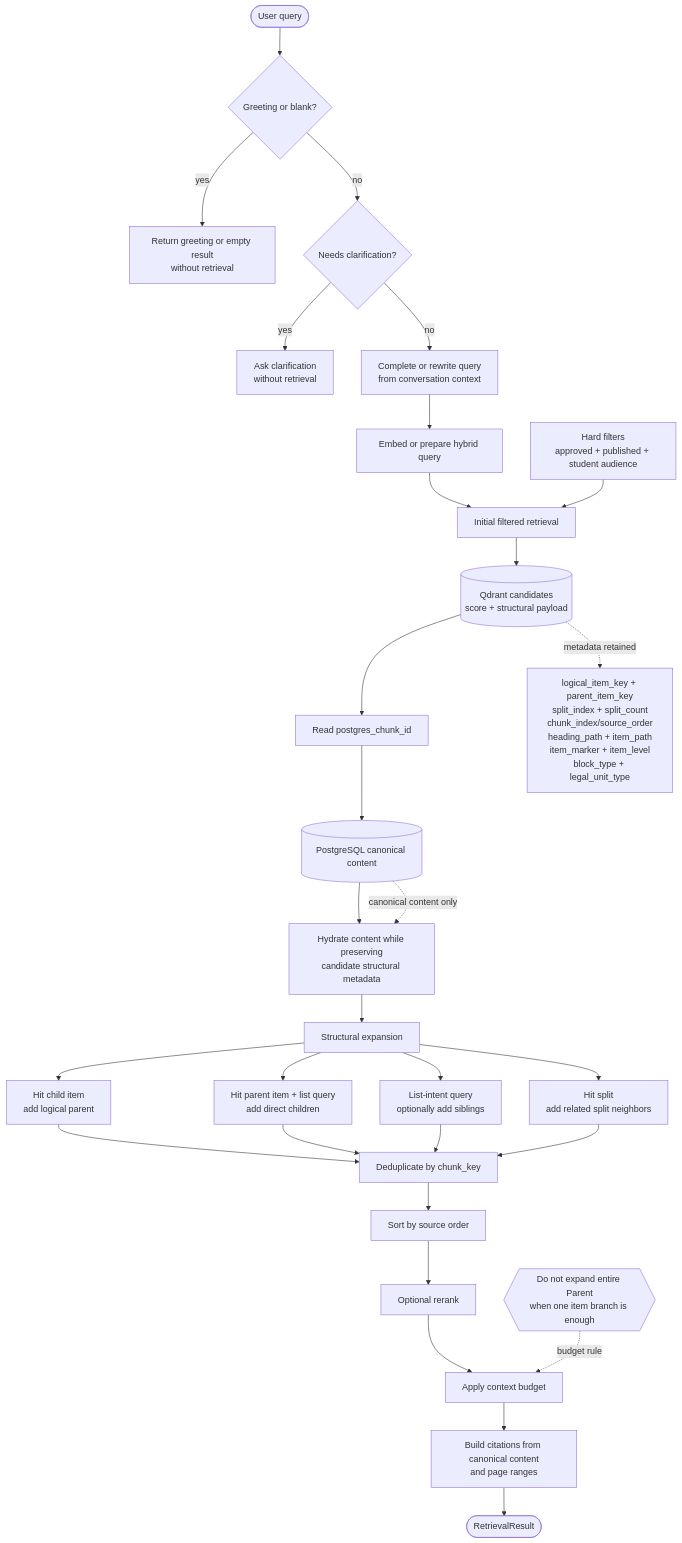
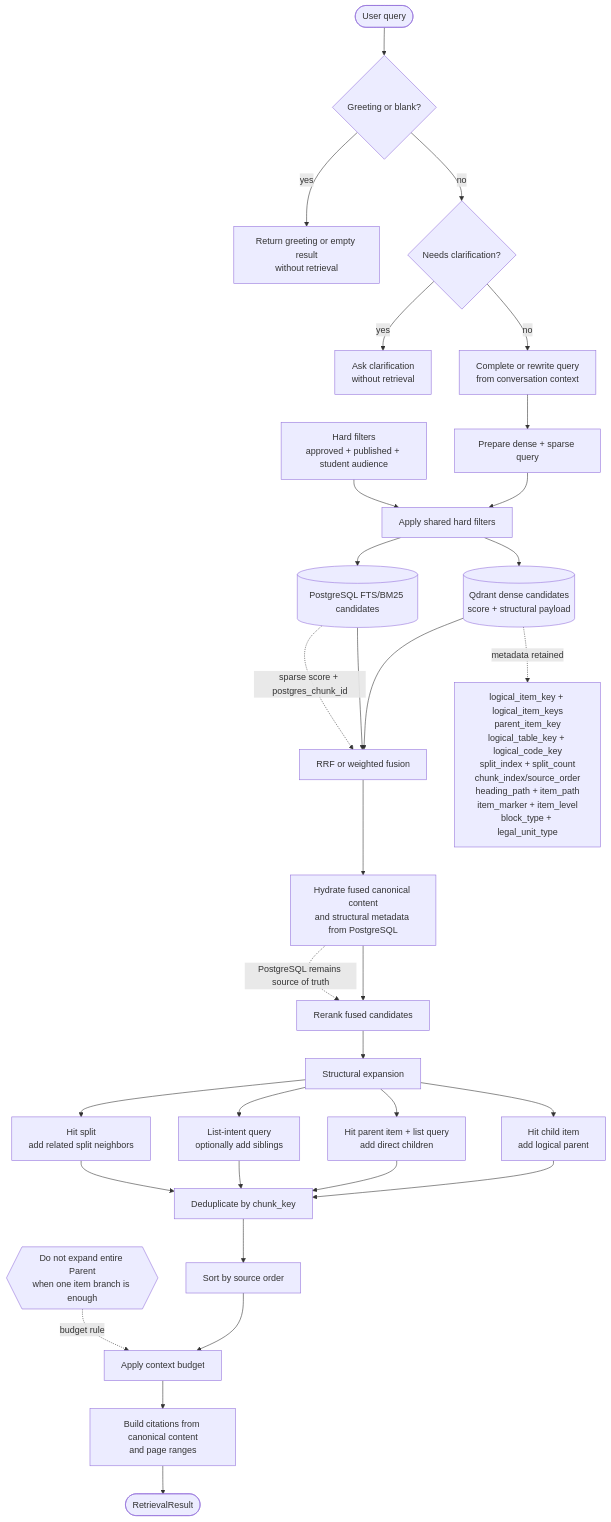
One commit to Ngocanhjr/CSS-CTU-Student-Service changed the diagram in .docs/diagrams/flowchart/16_retrieval_citation_flow.mmd. Above: the diagram before and after it, drawn with Mermaid. The commit also changed 31 other files, not shown here.

Commit message:
'update-flowchat-excalidraw'

```diff
--- a/.docs/diagrams/flowchart/16_retrieval_citation_flow.mmd
+++ b/.docs/diagrams/flowchart/16_retrieval_citation_flow.mmd
@@ -1,51 +1,56 @@
 %% Sources:
 %% - 16_PART_I_RETRIEVAL_GUIDE.md
 %% - 22_CHUNKING_RETRIEVAL_RECONCILIATION_GUIDE.md
 %% Retrieval keeps Qdrant structural metadata while hydrating canonical content from PostgreSQL.
 
 flowchart TD
     A([User query])
     B{Greeting or blank?}
     C[Return greeting or empty result<br/>without retrieval]
     D{Needs clarification?}
     E[Ask clarification<br/>without retrieval]
     F[Complete or rewrite query<br/>from conversation context]
-    G[Embed or prepare hybrid query]
-    H[Initial filtered retrieval]
+    G[Prepare dense + sparse query]
+    H[Apply shared hard filters]
     I[Hard filters<br/>approved + published + student audience]
-    J[(Qdrant candidates<br/>score + structural payload)]
-    K[Read postgres_chunk_id]
-    L[(PostgreSQL canonical content)]
-    M[Hydrate content while preserving<br/>candidate structural metadata]
-    N[Structural expansion]
-    O[Hit child item<br/>add logical parent]
-    P[Hit parent item + list query<br/>add direct children]
-    Q[List-intent query<br/>optionally add siblings]
-    R[Hit split<br/>add related split neighbors]
-    S[Deduplicate by chunk_key]
-    T[Sort by source order]
-    U[Optional rerank]
+    J[(Qdrant dense candidates<br/>score + structural payload)]
+    K[(PostgreSQL FTS/BM25 candidates)]
+    L[RRF or weighted fusion]
+    M[Hydrate fused canonical content<br/>and structural metadata from PostgreSQL]
+    N[Rerank fused candidates]
+    O[Structural expansion]
+    P[Hit child item<br/>add logical parent]
+    Q[Hit parent item + list query<br/>add direct children]
+    R[List-intent query<br/>optionally add siblings]
+    S[Hit split<br/>add related split neighbors]
+    T[Deduplicate by chunk_key]
+    U[Sort by source order]
     V[Apply context budget]
     W[Build citations from canonical content<br/>and page ranges]
     X([RetrievalResult])
 
     A --> B
     B -->|yes| C
     B -->|no| D
     D -->|yes| E
     D -->|no| F --> G --> H
     I --> H
-    H --> J --> K --> L --> M --> N
-    N --> O
-    N --> P
-    N --> Q
-    N --> R
+    H --> J
+    H --> K
+    J --> L
+    K --> L
+    L --> M --> N --> O
+    O --> P
+    O --> Q
+    O --> R
     O --> S
-    P --> S
-    Q --> S
-    R --> S
-    S --> T --> U --> V --> W --> X
+    P --> T
+    Q --> T
+    R --> T
+    S --> T
+    T --> U --> V --> W --> X
 
-    J -. metadata retained .-> Y[logical_item_key + parent_item_key<br/>split_index + split_count<br/>chunk_index/source_order<br/>heading_path + item_path<br/>item_marker + item_level<br/>block_type + legal_unit_type]
-    L -. canonical content only .-> M
+    J -. metadata retained .-> Y[logical_item_key + logical_item_keys<br/>parent_item_key<br/>logical_table_key + logical_code_key<br/>split_index + split_count<br/>chunk_index/source_order<br/>heading_path + item_path<br/>item_marker + item_level<br/>block_type + legal_unit_type]
+    K -. sparse score + postgres_chunk_id .-> L
+    M -. PostgreSQL remains source of truth .-> N
     Z{{Do not expand entire Parent<br/>when one item branch is enough}} -. budget rule .-> V
```
